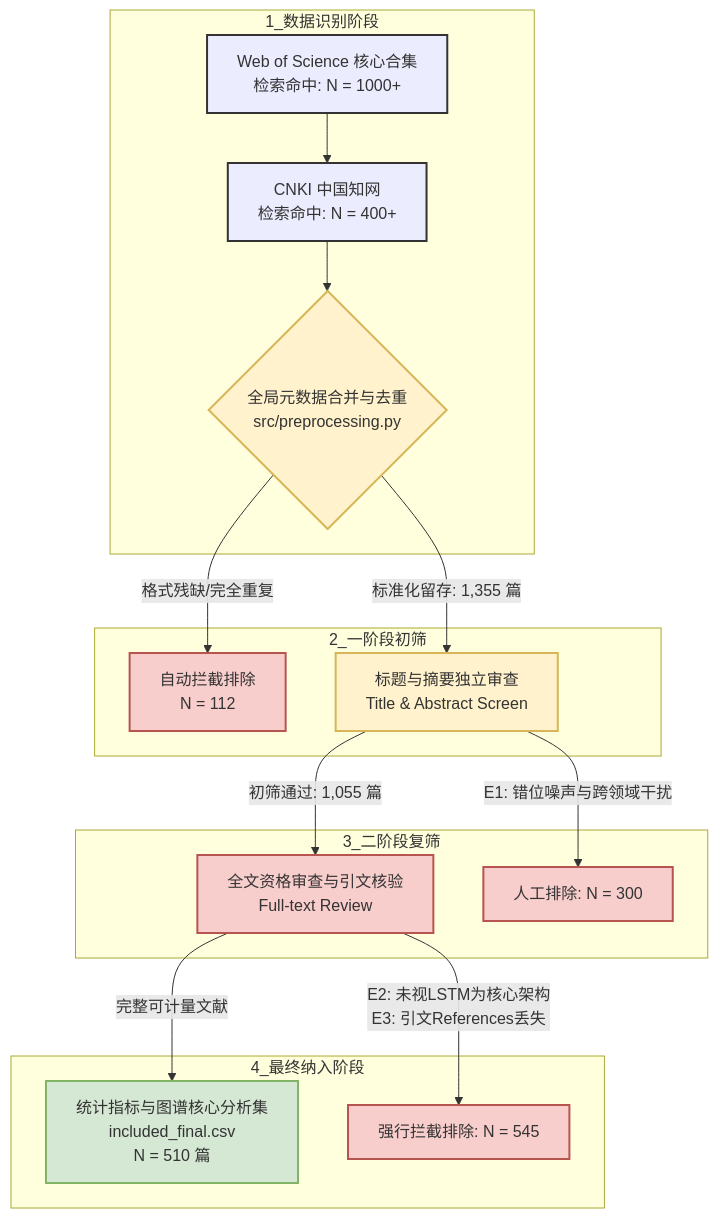
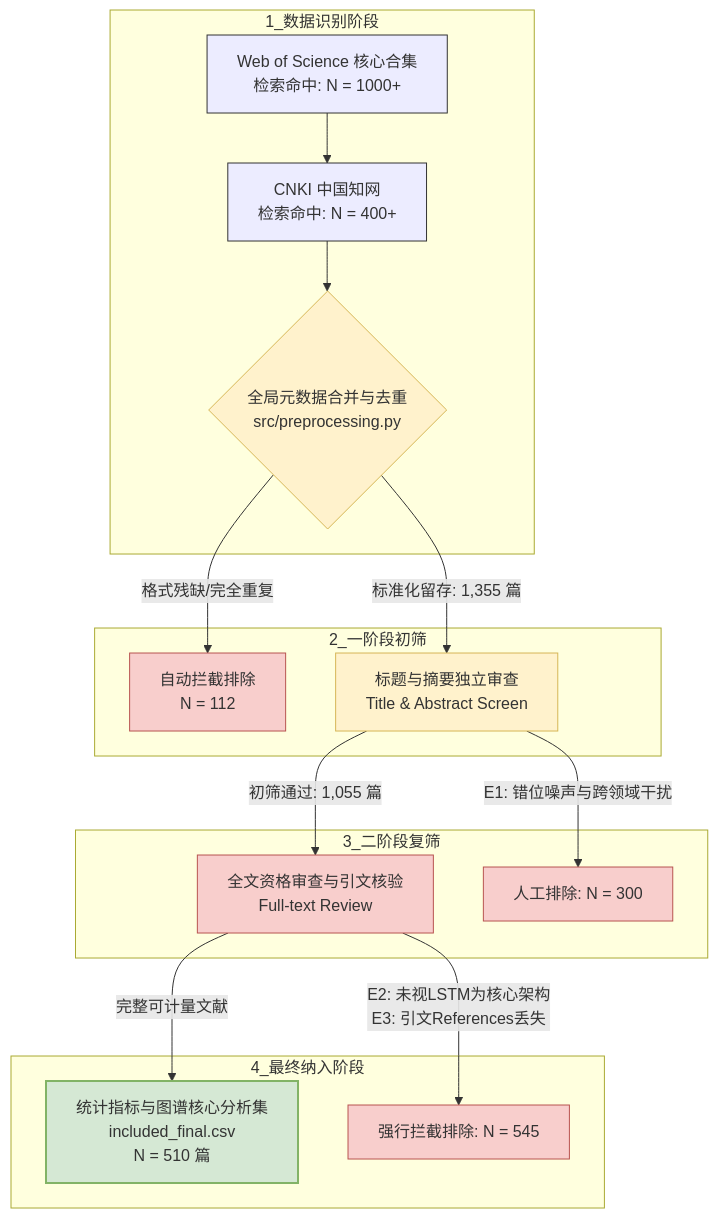
One commit to ro111Doc/EnergySys-AI-Trends changed the diagram in README.md. Above: the diagram before and after it, drawn with Mermaid. The commit also changed other lines of this file, not shown here.

````diff
--- a/README.md
+++ b/README.md
@@ -105,34 +146,35 @@
 ```mermaid
 graph TD
     %% 样式定义
-    style A fill:#ececff,stroke:#333,stroke-width:2px;
-    style B fill:#ececff,stroke:#333,stroke-width:2px;
-    style C fill:#fff2cc,stroke:#d6b656,stroke-width:2px;
-    style D fill:#f8cecc,stroke:#b85450,stroke-width:2px;
-    style E fill:#fff2cc,stroke:#d6b656,stroke-width:2px;
-    style F fill:#f8cecc,stroke:#b85450,stroke-width:2px;
+    style A fill:#ececff,stroke:#333,stroke-width:1px;
+    style B fill:#ececff,stroke:#333,stroke-width:1px;
+    style C fill:#fff2cc,stroke:#d6b656,stroke-width:1px;
+    style D fill:#f8cecc,stroke:#b85450,stroke-width:1px;
+    style E fill:#fff2cc,stroke:#d6b656,stroke-width:1px;
+    style F fill:#f8cecc,stroke:#b85450,stroke-width:1px;
     style G fill:#d5e8d4,stroke:#82b366,stroke-width:2px;
-    style H fill:#f8cecc,stroke:#b85450,stroke-width:2px;
-    style I fill:#f8cecc,stroke:#b85450,stroke-width:2px;
+    style H fill:#f8cecc,stroke:#b85450,stroke-width:1px;
+    style I fill:#f8cecc,stroke:#b85450,stroke-width:1px;
 
     %% 流程拓扑
     subgraph Identification [1_数据识别阶段]
         A[Web of Science 核心合集<br>检索命中: N = 1000+] --> B[CNKI 中国知网<br>检索命中: N = 400+]
         B --> C{全局元数据合并与去重<br>src/preprocessing.py}
     end
 
     subgraph Screening [2_一阶段初筛]
         C -->|标准化留存: 1,355 篇| E[标题与摘要独立审查<br>Title & Abstract Screen]
         C -->|格式残缺/完全重复| D[自动拦截排除<br>N = 112]
     end
 
     subgraph Eligibility [3_二阶段复筛]
         E -->|初筛通过: 1,055 篇| F[全文资格审查与引文核验<br>Full-text Review]
         E -->|E1: 错位噪声与跨领域干扰| H[人工排除: N = 300]
     end
 
     subgraph IncludedMatrix [4_最终纳入阶段]
         F -->|完整可计量文献| G[统计指标与图谱核心分析集<br>included_final.csv<br>N = 510 篇]
         F -->|E2: 未视LSTM为核心架构<br>E3: 引文References丢失| I[强行拦截排除: N = 545]
     end
+
 ```
````
